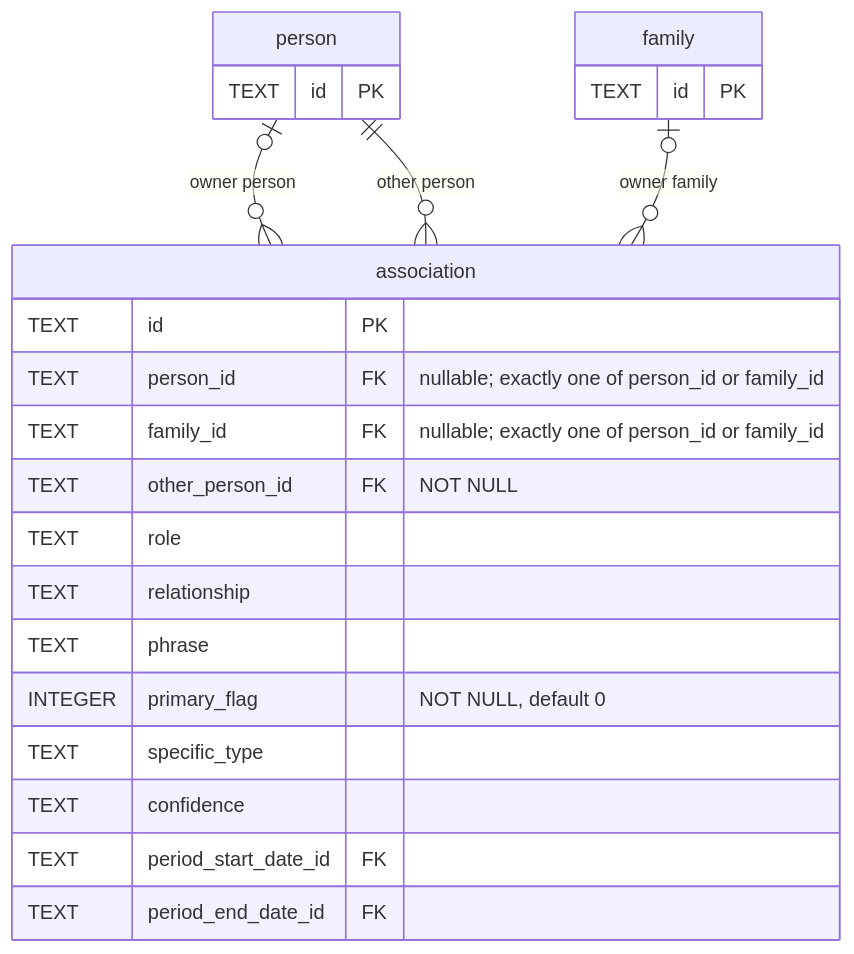
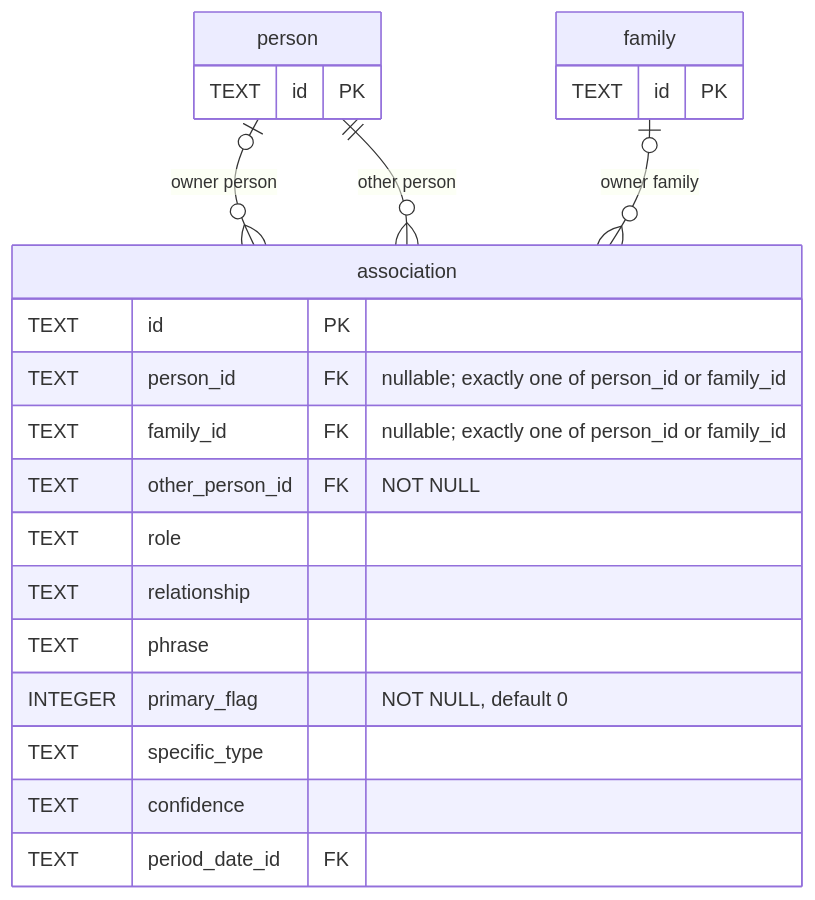
Before and after one commit to borisovodov/doru: the fourth of 12 diagrams in docs/db-schema.md, drawn with Mermaid. The commit also changed other lines of this file and 36 other files, not shown here.

````diff
--- a/docs/db-schema.md
+++ b/docs/db-schema.md
@@ -339,29 +339,28 @@
 ```mermaid
 erDiagram
     person |o--o{ association : "owner person"
     family |o--o{ association : "owner family"
     person ||--o{ association : "other person"
 
     association {
         TEXT id PK
         TEXT person_id FK "nullable; exactly one of person_id or family_id"
         TEXT family_id FK "nullable; exactly one of person_id or family_id"
         TEXT other_person_id FK "NOT NULL"
         TEXT role
         TEXT relationship
         TEXT phrase
         INTEGER primary_flag "NOT NULL, default 0"
         TEXT specific_type
         TEXT confidence
-        TEXT period_start_date_id FK
-        TEXT period_end_date_id FK
+        TEXT period_date_id FK
     }
 
     person {
         TEXT id PK
     }
 
     family {
         TEXT id PK
     }
 ```
````
